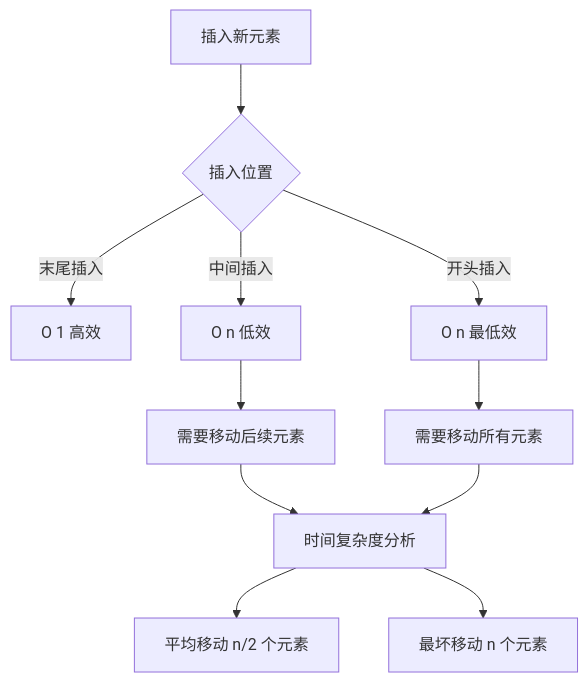
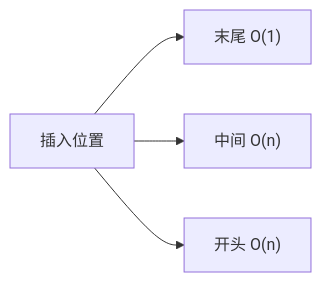
The second of 2 diagrams in 00.通用技术的提升/08.数据结构算法/03.数组深入浅出分析.md (chongyang211/YCBookBlog), drawn with Mermaid before and after one commit. The commit also changed other lines of this file and 194 other files, not shown here.

````diff
--- a/00.通用技术的提升/08.数据结构算法/03.数组深入浅出分析.md
+++ b/00.通用技术的提升/08.数据结构算法/03.数组深入浅出分析.md
@@ -806,16 +260,6 @@
 ```mermaid
-graph TB
-    A[插入新元素] --> B{插入位置}
-    B -->|末尾插入| C[O 1 高效]
-    B -->|中间插入| D[O n 低效]
-    B -->|开头插入| E[O n 最低效]
-    
-    D --> F[需要移动后续元素]
-    E --> G[需要移动所有元素]
-    
-    F --> H[时间复杂度分析]
-    G --> H
-    
-    H --> I[平均移动 n/2 个元素]
-    H --> J[最坏移动 n 个元素]
+graph LR
+    A[插入位置] --> B[末尾 O#40;1#41;]
+    A --> C[中间 O#40;n#41;]
+    A --> D[开头 O#40;n#41;]
 ```
````
